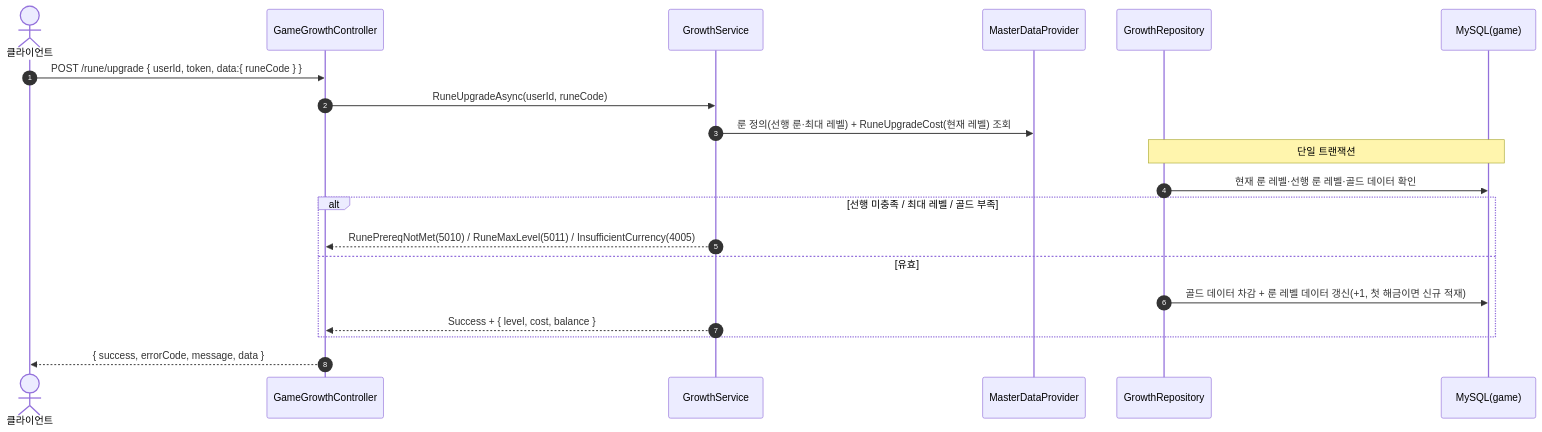
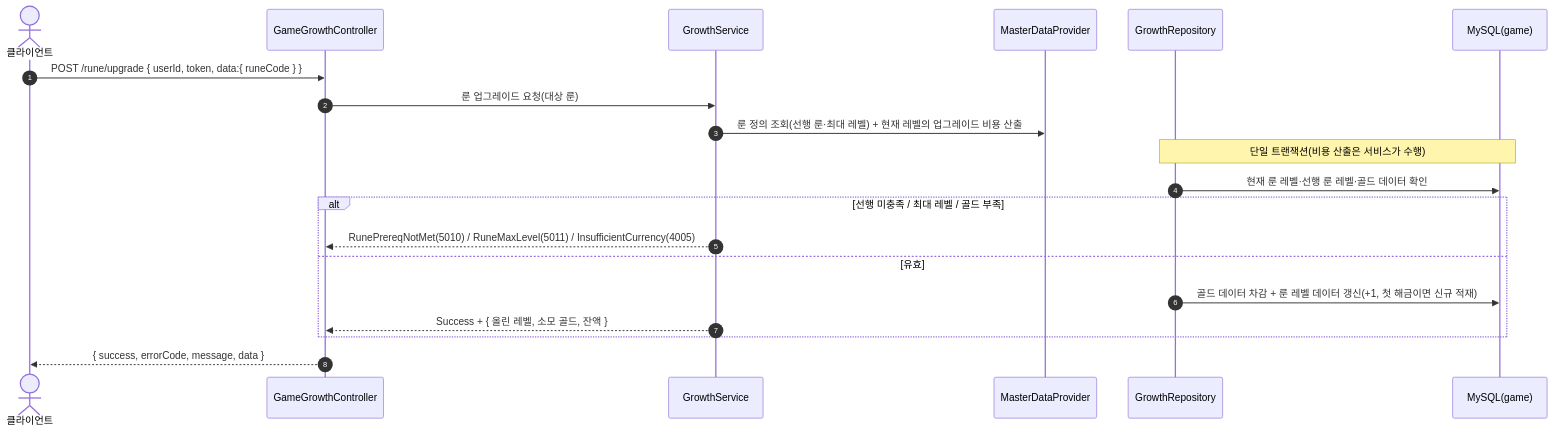
Before and after one commit to ks-wook/com2us-taskbar-hero: the fourth of 4 diagrams in SequenceDiagram/GameGrowthController.md, drawn with Mermaid. The commit also changed other lines of this file and 7 other files, not shown here.

Commit message:
시퀀스 다이어그램 수정

````diff
--- a/SequenceDiagram/GameGrowthController.md
+++ b/SequenceDiagram/GameGrowthController.md
@@ -91,23 +91,23 @@
 ```mermaid
 sequenceDiagram
     autonumber
     actor C as 클라이언트
     participant Ctrl as GameGrowthController
     participant Svc as GrowthService
     participant MD as MasterDataProvider
     participant Repo as GrowthRepository
     participant DB as MySQL(game)
 
     C->>Ctrl: POST /rune/upgrade { userId, token, data:{ runeCode } }
-    Ctrl->>Svc: RuneUpgradeAsync(userId, runeCode)
-    Svc->>MD: 룬 정의(선행 룬·최대 레벨) + RuneUpgradeCost(현재 레벨) 조회
-    Note over Repo,DB: 단일 트랜잭션
+    Ctrl->>Svc: 룬 업그레이드 요청(대상 룬)
+    Svc->>MD: 룬 정의 조회(선행 룬·최대 레벨) + 현재 레벨의 업그레이드 비용 산출
+    Note over Repo,DB: 단일 트랜잭션(비용 산출은 서비스가 수행)
     Repo->>DB: 현재 룬 레벨·선행 룬 레벨·골드 데이터 확인
     alt 선행 미충족 / 최대 레벨 / 골드 부족
         Svc-->>Ctrl: RunePrereqNotMet(5010) / RuneMaxLevel(5011) / InsufficientCurrency(4005)
     else 유효
         Repo->>DB: 골드 데이터 차감 + 룬 레벨 데이터 갱신(+1, 첫 해금이면 신규 적재)
-        Svc-->>Ctrl: Success + { level, cost, balance }
+        Svc-->>Ctrl: Success + { 올린 레벨, 소모 골드, 잔액 }
     end
     Ctrl-->>C: { success, errorCode, message, data }
 ```
````
